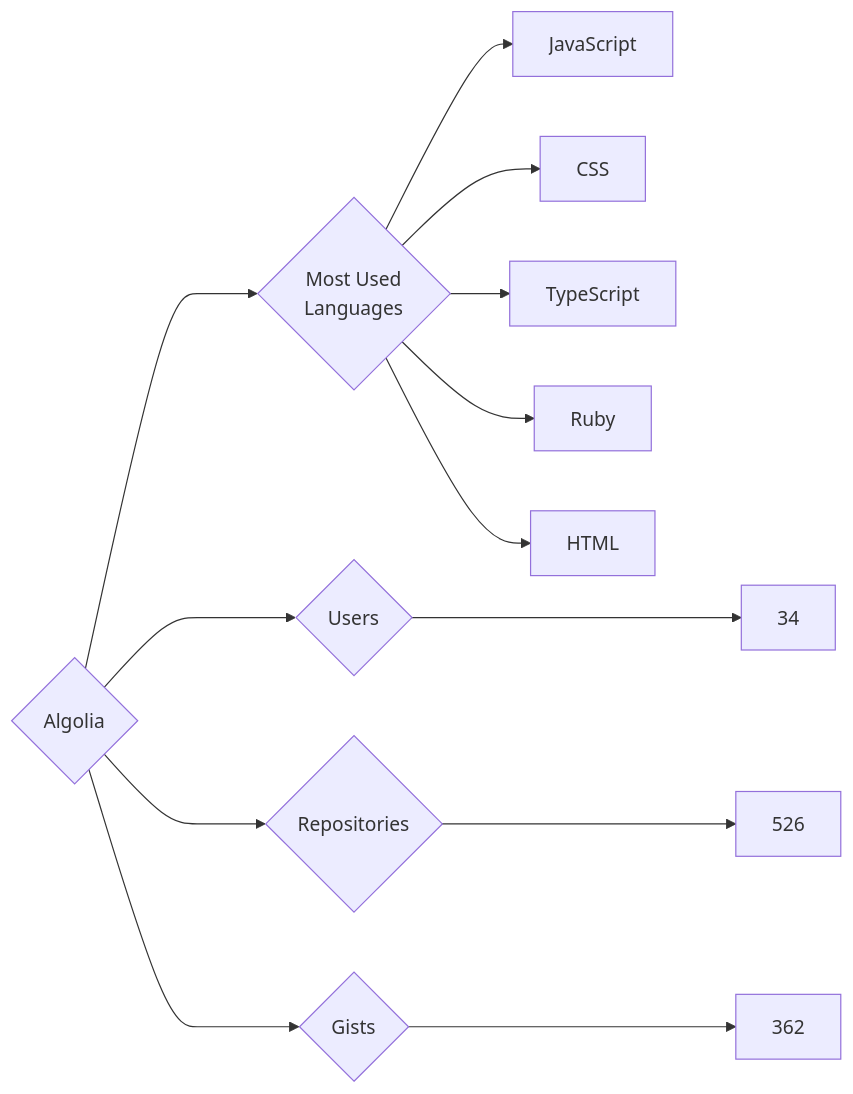
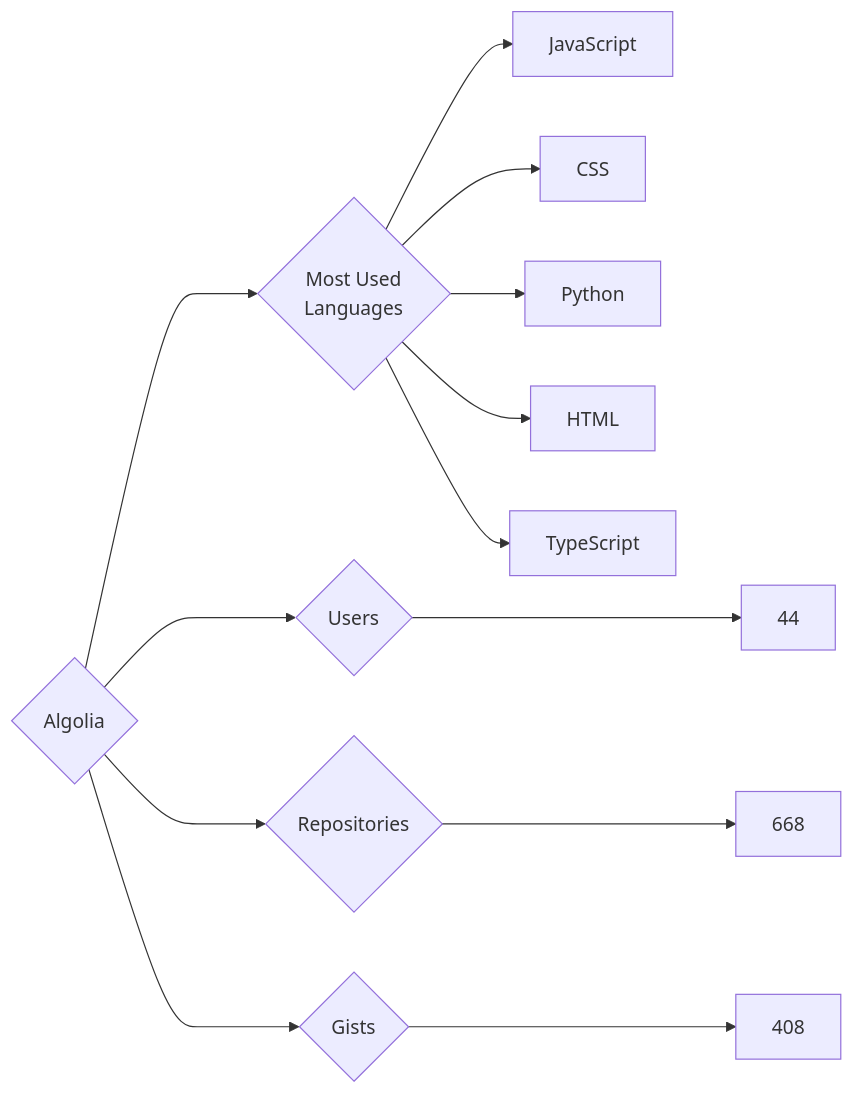
Before and after one commit to trickest/insiders: the diagram in targets/Algolia/README.md, drawn with Mermaid. The commit also changed 951 other files, not shown here.

````diff
--- a/targets/Algolia/README.md
+++ b/targets/Algolia/README.md
@@ -3,13 +3,13 @@
 ```mermaid
 graph LR
 COMPANY_NAME{Algolia}
-COMPANY_NAME ---> U{Users} ---> UN[34]
-COMPANY_NAME ---> R{Repositories} ---> RN[526]
-COMPANY_NAME ---> G{Gists} ---> GN[362]
+COMPANY_NAME ---> U{Users} ---> UN[44]
+COMPANY_NAME ---> R{Repositories} ---> RN[668]
+COMPANY_NAME ---> G{Gists} ---> GN[408]
 COMPANY_NAME ---> ML{Most Used<br>Languages}
-ML --> JavaScript
-ML --> CSS
-ML --> TypeScript
-ML --> Ruby
-ML --> HTML
+ML --> JavaScript[JavaScript]
+ML --> CSS[CSS]
+ML --> Python[Python]
+ML --> HTML[HTML]
+ML --> TypeScript[TypeScript]
 ```
````
